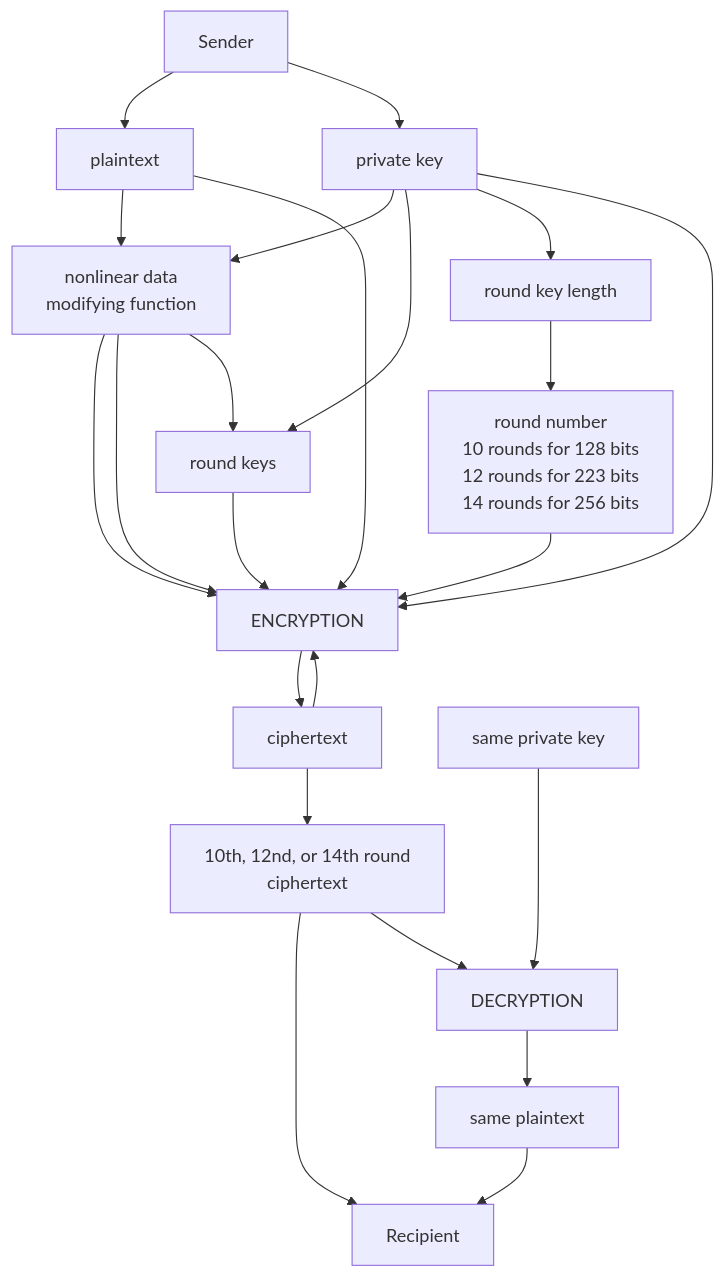
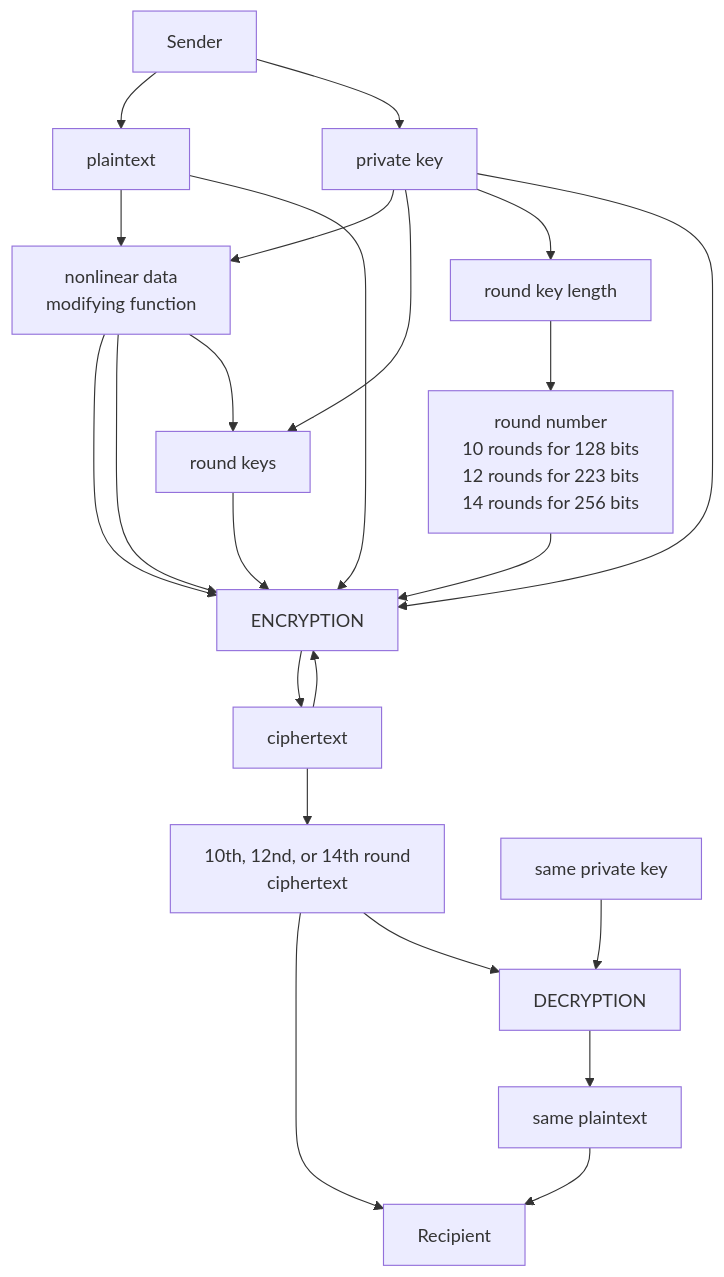
The diagram in README.md (Kietpawpan/encryption), drawn with Mermaid before and after one commit.

````diff
--- a/README.md
+++ b/README.md
@@ -5,15 +5,15 @@
 ```mermaid
 flowchart TD
     A[Sender] --> B[plaintext]-->FC
     C[private key]-->FC-->D[ENCRYPTION]-->E[ciphertext]-->D
     E-->FN[10th, 12nd, or 14th round\nciphertext]-->F[Recipient]
-    C2[same private key]--->G[DECRYPTION]-->I[same plaintext]-->F
+    C2[same private key]-->G[DECRYPTION]-->I[same plaintext]-->F
      FN-->G
 A-->C
 C-->RK[round keys]-->D
 C-->RKL[round key length]-->RN[round number\n10 rounds for 128 bits\n12 rounds for 223 bits\n14 rounds for 256 bits]-->D
 FC[nonlinear data \nmodifying function]-->D
 FC-->RK
 B-->D
 C-->D
 ```
````
